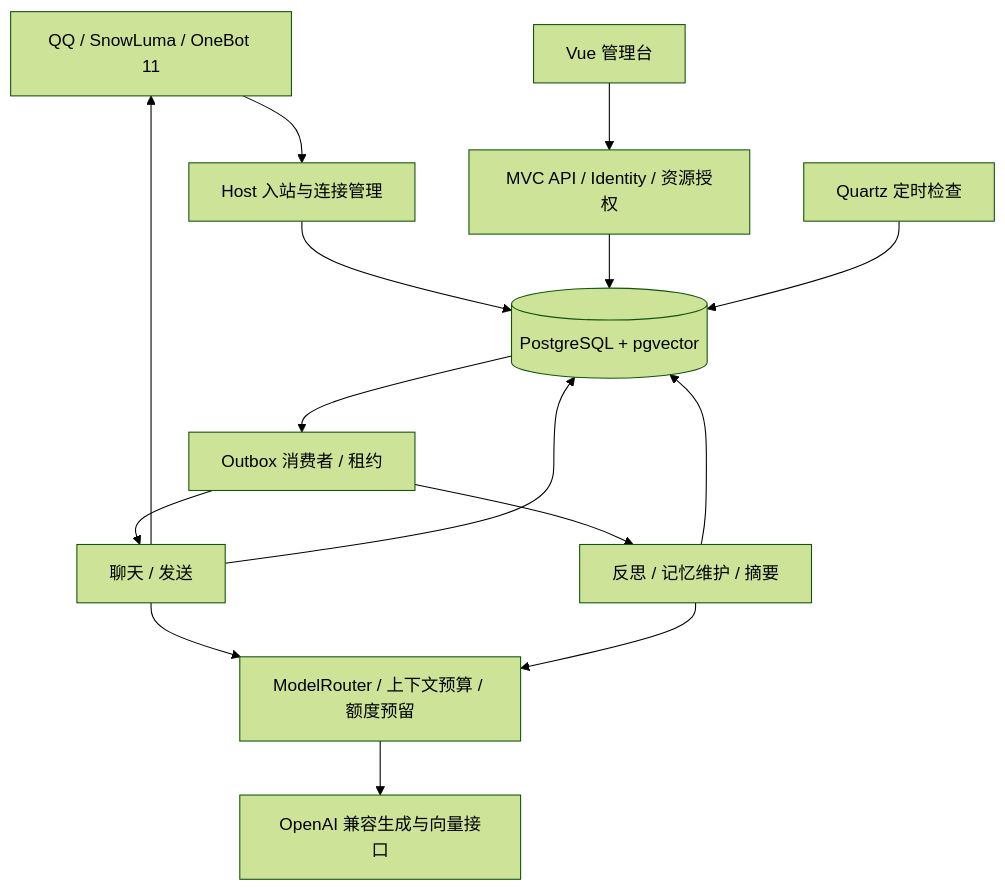
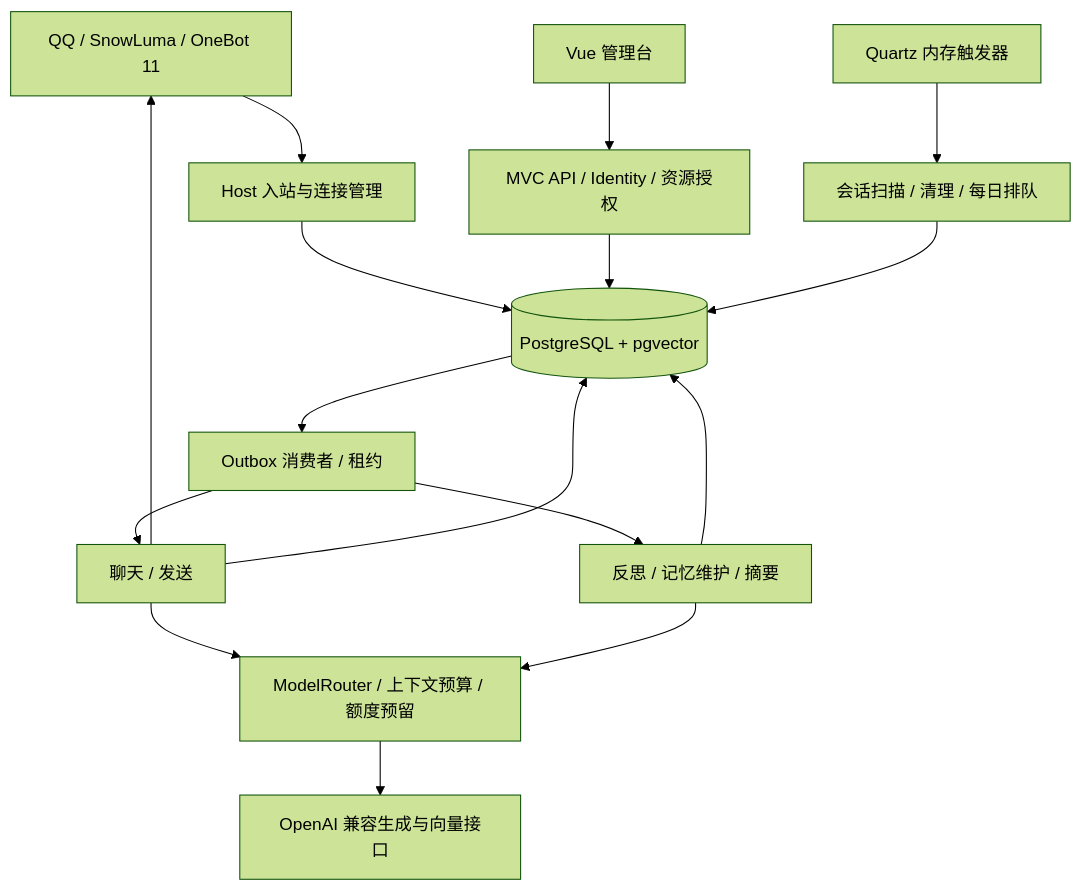
One commit to Raspberry-Monster/Wonder changed the diagram in docs/architecture.md. Above: the diagram before and after it, drawn with Mermaid (forest theme). The commit also changed other lines of this file and 99 other files, not shown here.

````diff
--- a/docs/architecture.md
+++ b/docs/architecture.md
@@ -11,17 +11,18 @@
 ```mermaid
 flowchart TB
     QQ[QQ / SnowLuma / OneBot 11] --> INGEST[Host 入站与连接管理]
     WEB[Vue 管理台] --> API[MVC API / Identity / 资源授权]
     INGEST --> DB[(PostgreSQL + pgvector)]
     API --> DB
-    QUARTZ[Quartz 定时检查] --> DB
+    QUARTZ[Quartz 内存触发器] --> MAINT[会话扫描 / 清理 / 每日排队]
+    MAINT --> DB
     DB --> WORKERS[Outbox 消费者 / 租约]
     WORKERS --> CHAT[聊天 / 发送]
     WORKERS --> REFLECT[反思 / 记忆维护 / 摘要]
     CHAT --> ROUTER[ModelRouter / 上下文预算 / 额度预留]
     REFLECT --> ROUTER
     ROUTER --> MODEL[OpenAI 兼容生成与向量接口]
     CHAT --> QQ
     CHAT --> DB
     REFLECT --> DB
 ```
````
